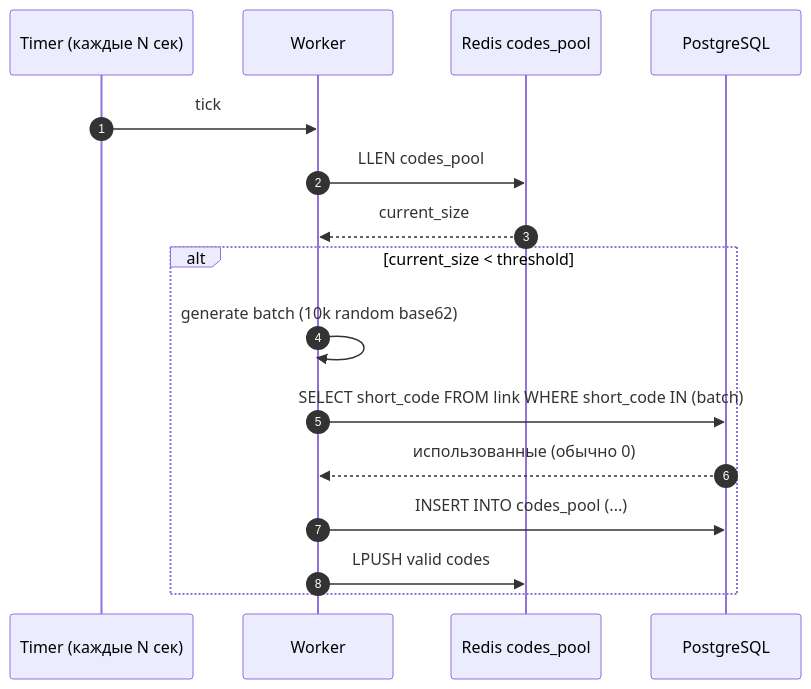
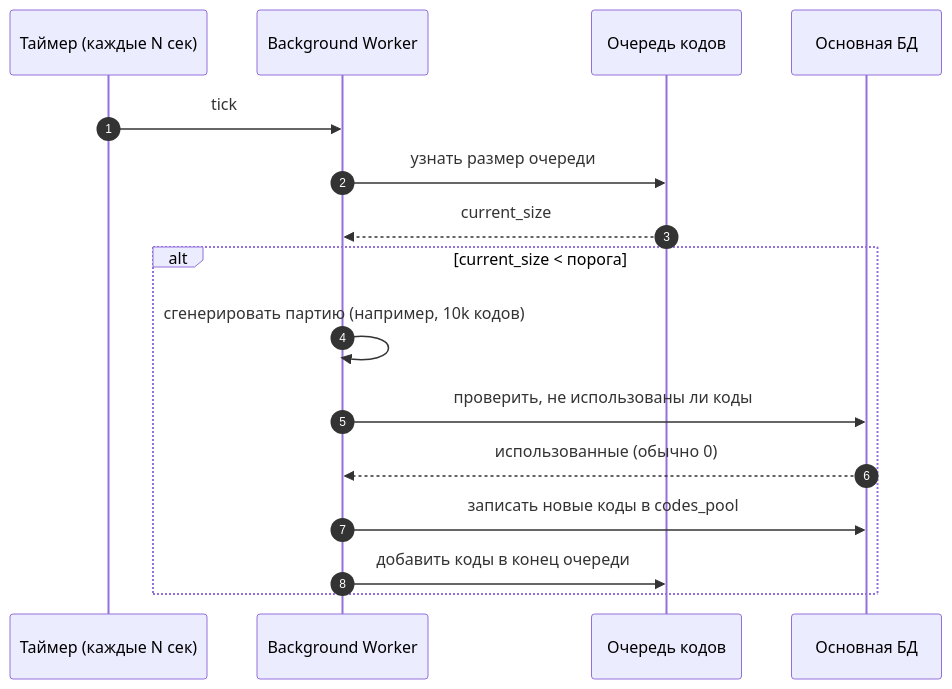
Before and after one commit to f1yToMoon/url_shortener: the seventh of 9 diagrams in README.md, drawn with Mermaid. The commit also changed other lines of this file, not shown here.

````diff
--- a/README.md
+++ b/README.md
@@ -423,19 +421,19 @@
 ```mermaid
 sequenceDiagram
   autonumber
-  participant T as Timer (каждые N сек)
-  participant W as Worker
-  participant Pool as Redis codes_pool
-  participant PG as PostgreSQL
+  participant T as Таймер (каждые N сек)
+  participant W as Background Worker
+  participant Pool as Очередь кодов
+  participant DB as Основная БД
 
   T->>W: tick
-  W->>Pool: LLEN codes_pool
+  W->>Pool: узнать размер очереди
   Pool-->>W: current_size
-  alt current_size < threshold
-    W->>W: generate batch (10k random base62)
-    W->>PG: SELECT short_code FROM link WHERE short_code IN (batch)
-    PG-->>W: использованные (обычно 0)
-    W->>PG: INSERT INTO codes_pool (...)
-    W->>Pool: LPUSH valid codes
+  alt current_size < порога
+    W->>W: сгенерировать партию (например, 10k кодов)
+    W->>DB: проверить, не использованы ли коды
+    DB-->>W: использованные (обычно 0)
+    W->>DB: записать новые коды в codes_pool
+    W->>Pool: добавить коды в конец очереди
   end
 ```
````
